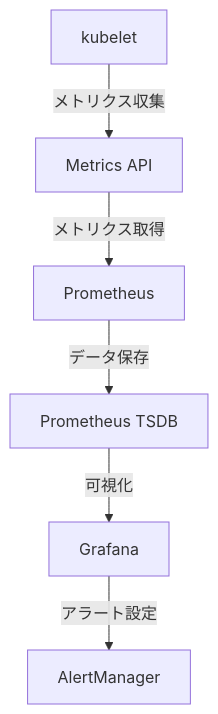
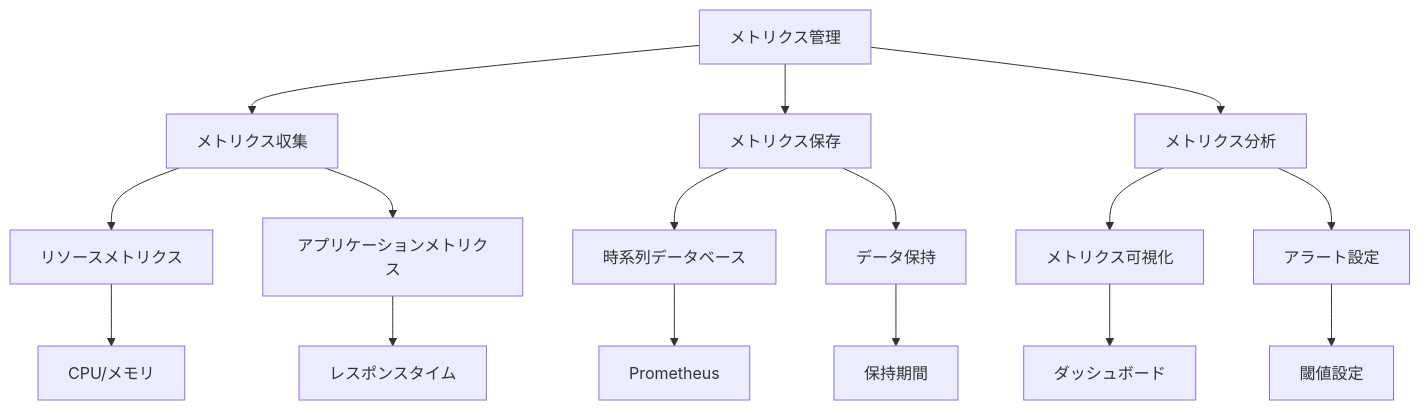
The diagram in docs/Kubernetes/09_モニタリングとロギング/09-02_メトリクス.md (haruka-aibara/haruka-aibara), drawn with Mermaid before and after one commit. The commit also changed other lines of this file and 37 other files, not shown here.

````diff
--- a/docs/Kubernetes/09_モニタリングとロギング/09-02_メトリクス.md
+++ b/docs/Kubernetes/09_モニタリングとロギング/09-02_メトリクス.md
@@ -31,8 +131,20 @@
 ```mermaid
 graph TD
-    A[kubelet] -->|メトリクス収集| B[Metrics API]
-    B -->|メトリクス取得| C[Prometheus]
-    C -->|データ保存| D[Prometheus TSDB]
-    D -->|可視化| E[Grafana]
-    E -->|アラート設定| F[AlertManager]
+    A[メトリクス管理] --> B[メトリクス収集]
+    A --> C[メトリクス保存]
+    A --> D[メトリクス分析]
+    
+    B --> E[リソースメトリクス]
+    B --> F[アプリケーションメトリクス]
+    C --> G[時系列データベース]
+    C --> H[データ保持]
+    D --> I[メトリクス可視化]
+    D --> J[アラート設定]
+    
+    E --> K[CPU/メモリ]
+    F --> L[レスポンスタイム]
+    G --> M[Prometheus]
+    H --> N[保持期間]
+    I --> O[ダッシュボード]
+    J --> P[閾値設定]
 ```
````
